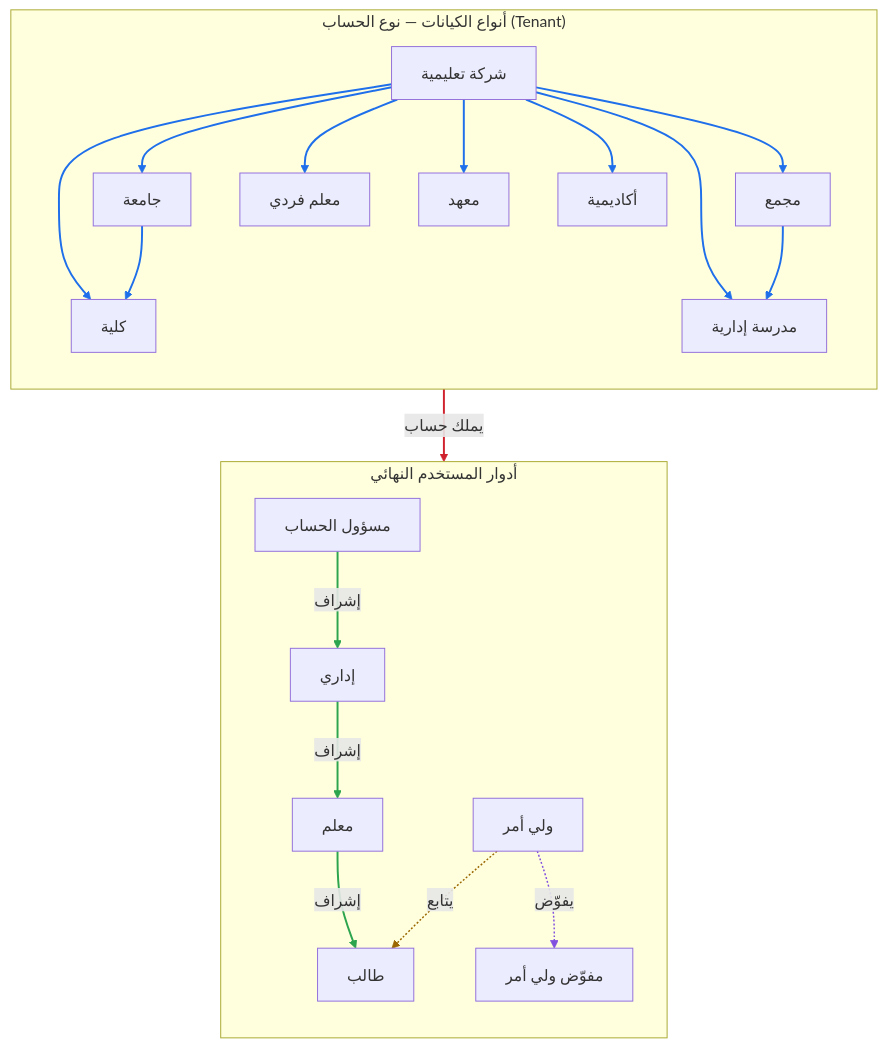
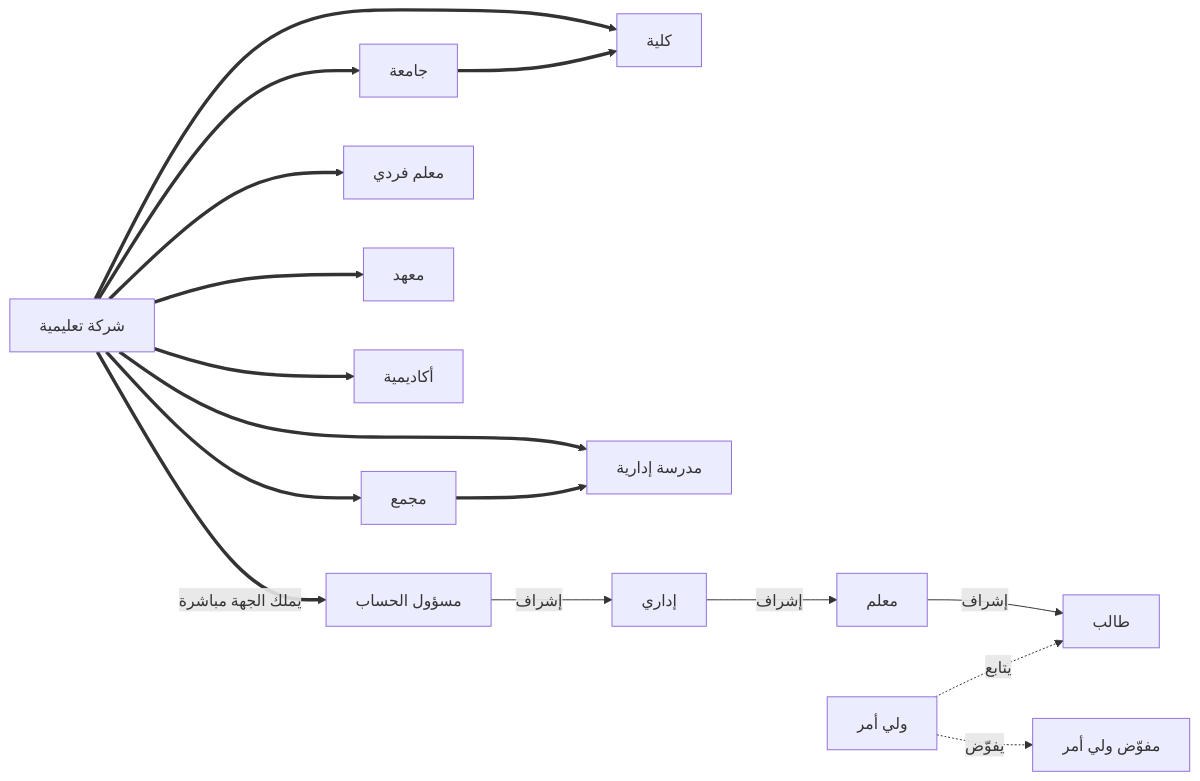
Before and after one commit to TahdirIT/okta-docs: the diagram in docs/groups/role-hierarchy.md, drawn with Mermaid. The commit also changed other lines of this file, not shown here.

Commit message:
docs(groups): make role-hierarchy readable as raw markdown
Lead with a text tree + relationships table, drop arrow colors, and
state that misuol al-hisab is the direct owner of the entity. Keep a
plain Mermaid graph as an optional rendered view.

````diff
--- a/docs/groups/role-hierarchy.md
+++ b/docs/groups/role-hierarchy.md
@@ -14,52 +55,20 @@
 ```mermaid
-flowchart TB
-  %% ── أنواع الكيانات (Tenant) ──
-  subgraph TENANTS["أنواع الكيانات — نوع الحساب (Tenant)"]
-    direction TB
-    COMPANY["شركة تعليمية"]
-    UNI["جامعة"]
-    COMPLEX["مجمع"]
-    COLLEGE["كلية"]
-    SCHOOL["مدرسة إدارية"]
-    SOLO["معلم فردي"]
-    INSTITUTE["معهد"]
-    ACADEMY["أكاديمية"]
+graph LR
+  COMPANY["شركة تعليمية"] ==> UNI["جامعة"]
+  COMPANY ==> COMPLEX["مجمع"]
+  COMPANY ==> COLLEGE["كلية"]
+  COMPANY ==> SCHOOL["مدرسة إدارية"]
+  COMPANY ==> SOLO["معلم فردي"]
+  COMPANY ==> INSTITUTE["معهد"]
+  COMPANY ==> ACADEMY["أكاديمية"]
+  UNI ==> COLLEGE
+  COMPLEX ==> SCHOOL
 
-    COMPANY ==> UNI
-    COMPANY ==> COMPLEX
-    COMPANY ==> COLLEGE
-    COMPANY ==> SCHOOL
-    COMPANY ==> SOLO
-    COMPANY ==> INSTITUTE
-    COMPANY ==> ACADEMY
-    UNI ==> COLLEGE
-    COMPLEX ==> SCHOOL
-  end
+  COMPANY ==>|يملك الجهة مباشرة| OWNER["مسؤول الحساب"]
 
-  %% ── أدوار المستخدم النهائي ──
-  subgraph ROLES["أدوار المستخدم النهائي"]
-    direction TB
-    OWNER["مسؤول الحساب"]
-    ADMIN["إداري"]
-    TEACHER["معلم"]
-    STUDENT["طالب"]
-    GUARDIAN["ولي أمر"]
-    DELEGATE["مفوّض ولي أمر"]
-
-    OWNER -->|إشراف| ADMIN
-    ADMIN -->|إشراف| TEACHER
-    TEACHER -->|إشراف| STUDENT
-    GUARDIAN -.->|يتابع| STUDENT
-    GUARDIAN -.->|يفوّض| DELEGATE
-  end
-
-  %% ── الجسر: كل نوع حساب يملك «مسؤول الحساب» ──
-  TENANTS ==>|يملك حساب| OWNER
-
-  %% أنماط/ألوان الأسهم حسب الدلالة
-  linkStyle 0,1,2,3,4,5,6,7,8 stroke:#1f6feb,stroke-width:2px
-  linkStyle 9,10,11 stroke:#2da44e,stroke-width:2px
-  linkStyle 12 stroke:#9a6700,stroke-width:1.5px
-  linkStyle 13 stroke:#8250df,stroke-width:1.5px
-  linkStyle 14 stroke:#cf222e,stroke-width:2px
+  OWNER -->|إشراف| ADMIN["إداري"]
+  ADMIN -->|إشراف| TEACHER["معلم"]
+  TEACHER -->|إشراف| STUDENT["طالب"]
+  GUARDIAN["ولي أمر"] -.->|يتابع| STUDENT
+  GUARDIAN -.->|يفوّض| DELEGATE["مفوّض ولي أمر"]
 ```
````
